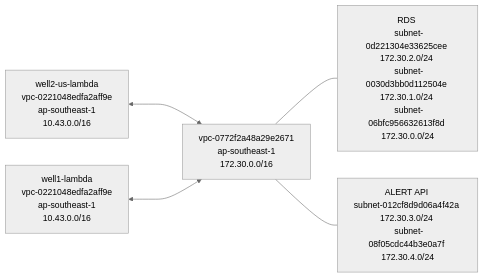
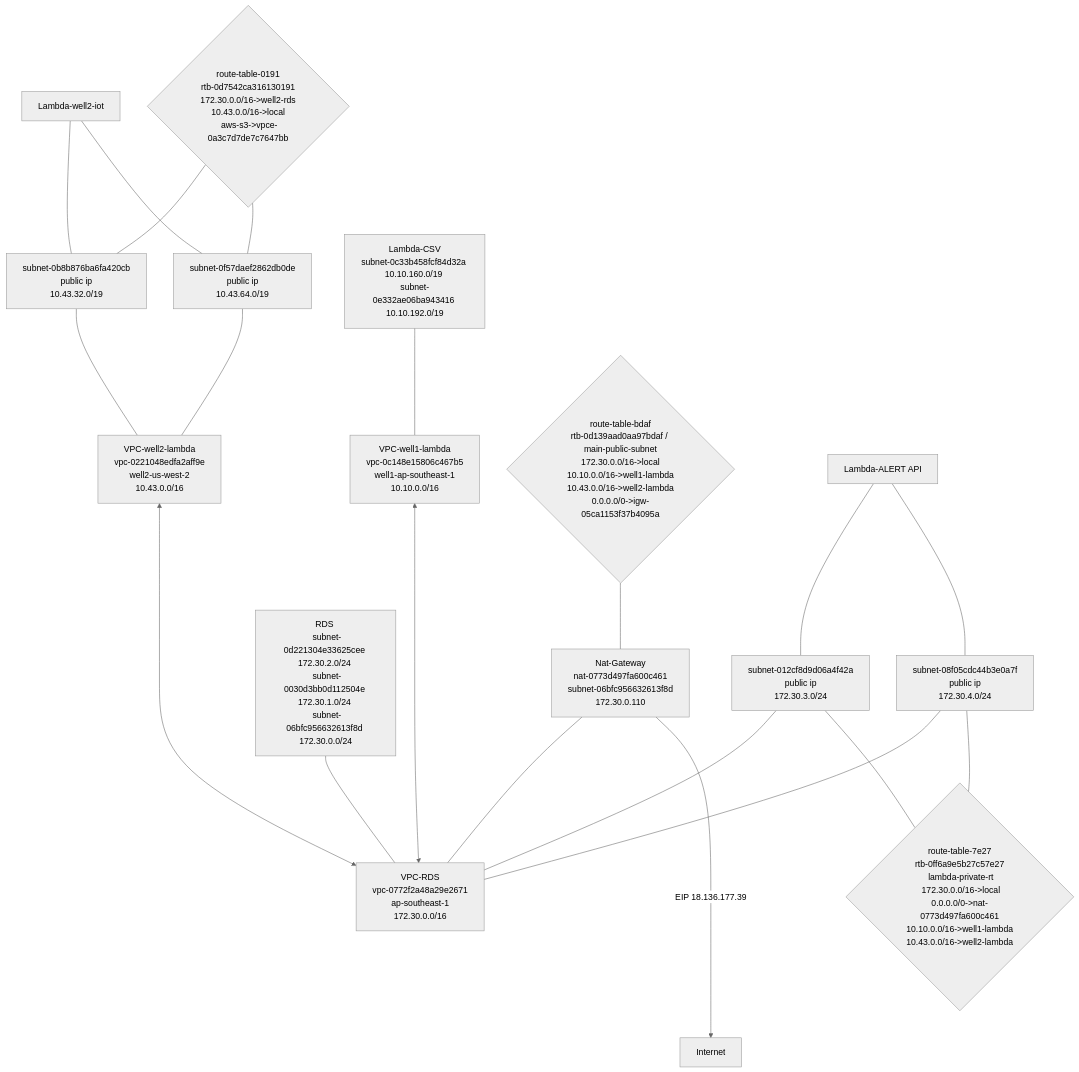
Before and after one commit to dumplingbao/marvinwu: the first of 2 diagrams in tils/VPC connection.md, drawn with Mermaid (neutral theme). The commit also changed other lines of this file and 4 other files, not shown here.

````diff
--- a/tils/VPC connection.md
+++ b/tils/VPC connection.md
@@ -11,7 +12,38 @@
 ```mermaid
-flowchart LR
-    well2-lambda[well2-us-lambda<br/>vpc-0221048edfa2aff9e<br/> ap-southeast-1 <br/> 10.43.0.0/16 ] <---> vpc-rds[vpc-0772f2a48a29e2671<br/>  ap-southeast-1 <br/> 172.30.0.0/16]
-    well1-lambda[well1-lambda<br/>vpc-0221048edfa2aff9e<br/> ap-southeast-1 <br/> 10.43.0.0/16 ] <---> vpc-rds[vpc-0772f2a48a29e2671<br/>  ap-southeast-1 <br/> 172.30.0.0/16]
-	vpc-rds --- RDS[RDS <br/> subnet-0d221304e33625cee 172.30.2.0/24 <br/> subnet-0030d3bb0d112504e 172.30.1.0/24 <br/> subnet-06bfc956632613f8d 172.30.0.0/24]
-	vpc-rds --- alert-api[ALERT API <br/>subnet-012cf8d9d06a4f42a 172.30.3.0/24 <br/> subnet-08f05cdc44b3e0a7f 172.30.4.0/24]
+flowchart TD
+    VPC-well2-lambda[VPC-well2-lambda<br/>vpc-0221048edfa2aff9e<br/> well2-us-west-2 <br/> 10.43.0.0/16 ] <---> vpc-rds[VPC-RDS<br/>vpc-0772f2a48a29e2671<br/>  ap-southeast-1 <br/> 172.30.0.0/16]
+	
+	Subnet-20cb[subnet-0b8b876ba6fa420cb<br/> public ip <br/>10.43.32.0/19]---VPC-well2-lambda
+	Subnet-b0de[subnet-0f57daef2862db0de<br/> public ip <br/>10.43.64.0/19]---VPC-well2-lambda
+    Lambda-well2-iot ---Subnet-20cb
+	Lambda-well2-iot ---Subnet-b0de
+
+	route-table-0191{route-table-0191<br/>rtb-0d7542ca316130191<br/>172.30.0.0/16->well2-rds<br/>10.43.0.0/16->local<br/> aws-s3->vpce-0a3c7d7de7c7647bb}---Subnet-20cb
+	route-table-0191---Subnet-b0de
+
+	
+VPC-well1-lambda[VPC-well1-lambda<br/>vpc-0c148e15806c467b5<br/> well1-ap-southeast-1 <br/> 10.10.0.0/16 ] <---> vpc-rds
+	
+    Lambda-well1-csv[Lambda-CSV<br/>subnet-0c33b458fcf84d32a 10.10.160.0/19 <br/>subnet-0e332ae06ba943416 10.10.192.0/19] ---VPC-well1-lambda 
+	route-table-bdaf{route-table-bdaf<br/>rtb-0d139aad0aa97bdaf / main-public-subnet<br/>172.30.0.0/16->local<br/>10.10.0.0/16->well1-lambda<br/>10.43.0.0/16->well2-lambda<br/>0.0.0.0/0->igw-05ca1153f37b4095a}---nat-gateway-testing
+	
+	nat-gateway-testing[Nat-Gateway<br/>nat-0773d497fa600c461<br/>subnet-06bfc956632613f8d<br/>172.30.0.110]---vpc-rds
+	nat-gateway-testing--->|EIP 18.136.177.39|Internet
+
+	RDS[RDS <br/> subnet-0d221304e33625cee 172.30.2.0/24 <br/> subnet-0030d3bb0d112504e 172.30.1.0/24 <br/> subnet-06bfc956632613f8d 172.30.0.0/24] --- vpc-rds 
+	
+	alert-api[Lambda-ALERT API] ---
+Subnet-f42a
+
+	alert-api ---
+Subnet-0a7f
+
+
+	Subnet-f42a[subnet-012cf8d9d06a4f42a<br/>public ip<br/> 172.30.3.0/24]---vpc-rds 
+	
+	Subnet-0a7f[subnet-08f05cdc44b3e0a7f<br/>public ip <br/> 172.30.4.0/24]---vpc-rds 
+	
+	Subnet-f42a---route-table-7e27{route-table-7e27<br/>rtb-0ff6a9e5b27c57e27<br/> lambda-private-rt<br/> 172.30.0.0/16->local<br/>0.0.0.0/0->nat-0773d497fa600c461<br/>10.10.0.0/16->well1-lambda<br/>10.43.0.0/16->well2-lambda}
+	
+	Subnet-0a7f---route-table-7e27
 ```
````
